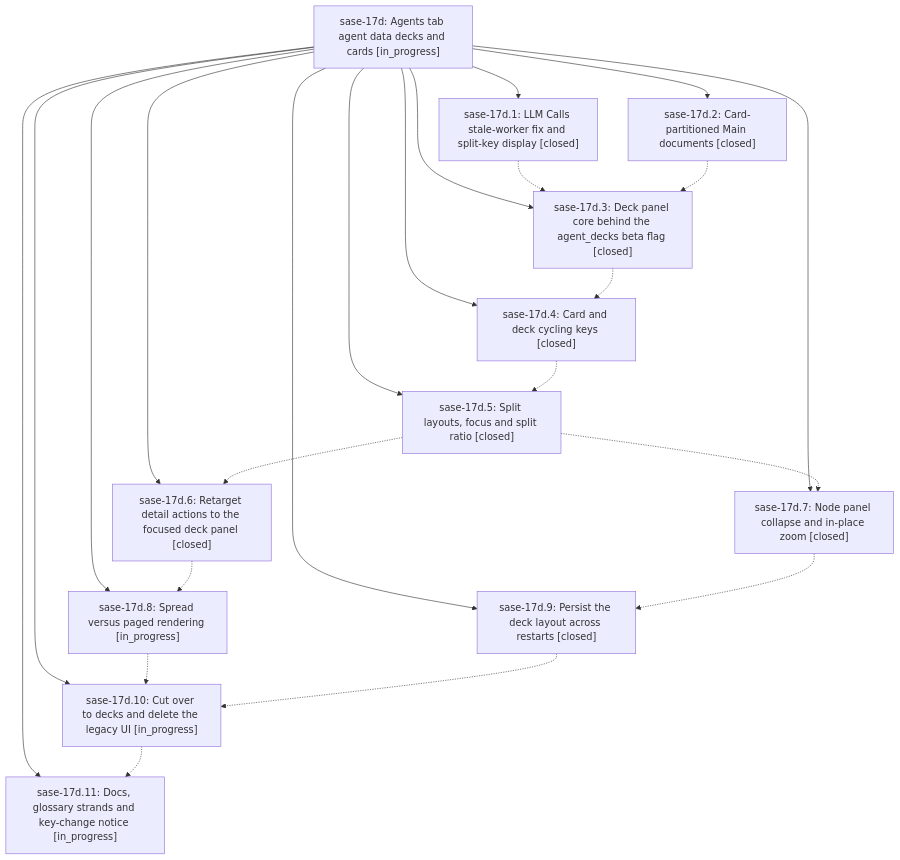
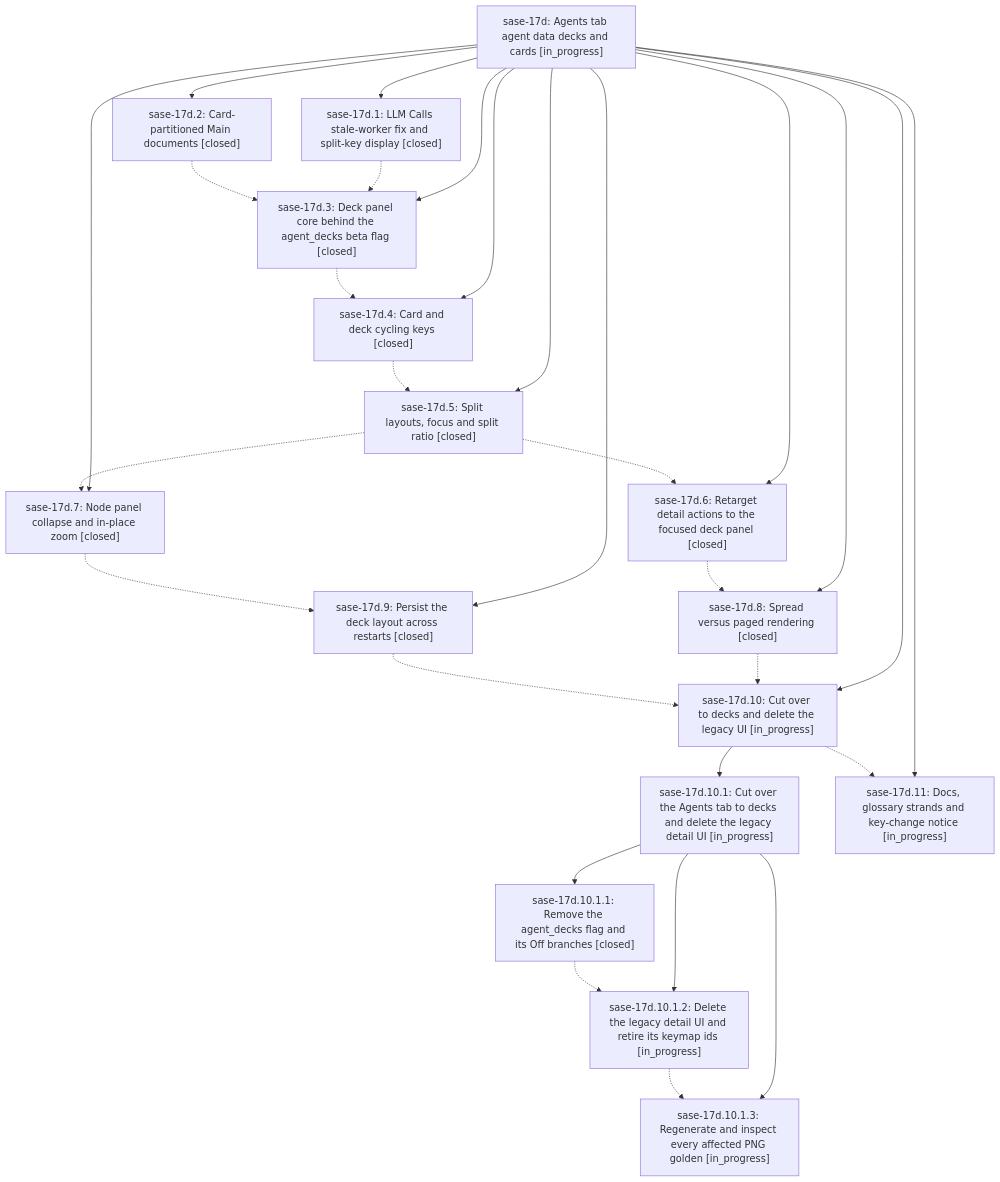
One commit to sase-org/sase--beads changed the diagram in pages/sase-17d/README.md. Above: the diagram before and after it, drawn with Mermaid. The commit also changed other lines of this file and 8 other files, not shown here.

````diff
--- a/pages/sase-17d/README.md
+++ b/pages/sase-17d/README.md
@@ -36,37 +48,47 @@
 ```mermaid
 flowchart TD
     n0["sase-17d: Agents tab agent data decks and cards [in_progress]"]
     n1["sase-17d.1: LLM Calls stale-worker fix and split-key display [closed]"]
     n2["sase-17d.10: Cut over to decks and delete the legacy UI [in_progress]"]
-    n3["sase-17d.11: Docs, glossary strands and key-change notice [in_progress]"]
-    n4["sase-17d.2: Card-partitioned Main documents [closed]"]
-    n5["sase-17d.3: Deck panel core behind the agent_decks beta flag [closed]"]
-    n6["sase-17d.4: Card and deck cycling keys [closed]"]
-    n7["sase-17d.5: Split layouts, focus and split ratio [closed]"]
-    n8["sase-17d.6: Retarget detail actions to the focused deck panel [closed]"]
-    n9["sase-17d.7: Node panel collapse and in-place zoom [closed]"]
-    n10["sase-17d.8: Spread versus paged rendering [in_progress]"]
-    n11["sase-17d.9: Persist the deck layout across restarts [closed]"]
+    n3["sase-17d.10.1: Cut over the Agents tab to decks and delete the legacy detail UI [in_progress]"]
+    n4["sase-17d.10.1.1: Remove the agent_decks flag and its Off branches [closed]"]
+    n5["sase-17d.10.1.2: Delete the legacy detail UI and retire its keymap ids [in_progress]"]
+    n6["sase-17d.10.1.3: Regenerate and inspect every affected PNG golden [in_progress]"]
+    n7["sase-17d.11: Docs, glossary strands and key-change notice [in_progress]"]
+    n8["sase-17d.2: Card-partitioned Main documents [closed]"]
+    n9["sase-17d.3: Deck panel core behind the agent_decks beta flag [closed]"]
+    n10["sase-17d.4: Card and deck cycling keys [closed]"]
+    n11["sase-17d.5: Split layouts, focus and split ratio [closed]"]
+    n12["sase-17d.6: Retarget detail actions to the focused deck panel [closed]"]
+    n13["sase-17d.7: Node panel collapse and in-place zoom [closed]"]
+    n14["sase-17d.8: Spread versus paged rendering [closed]"]
+    n15["sase-17d.9: Persist the deck layout across restarts [closed]"]
     n0 --> n1
     n0 --> n2
-    n0 --> n3
-    n0 --> n4
-    n0 --> n5
-    n0 --> n6
+    n2 --> n3
+    n3 --> n4
+    n3 --> n5
+    n3 --> n6
     n0 --> n7
     n0 --> n8
     n0 --> n9
     n0 --> n10
     n0 --> n11
-    n1 -.-> n5
-    n2 -.-> n3
+    n0 --> n12
+    n0 --> n13
+    n0 --> n14
+    n0 --> n15
+    n1 -.-> n9
+    n2 -.-> n7
     n4 -.-> n5
     n5 -.-> n6
-    n6 -.-> n7
-    n7 -.-> n8
-    n7 -.-> n9
-    n8 -.-> n10
-    n9 -.-> n11
-    n10 -.-> n2
-    n11 -.-> n2
+    n8 -.-> n9
+    n9 -.-> n10
+    n10 -.-> n11
+    n11 -.-> n12
+    n11 -.-> n13
+    n12 -.-> n14
+    n13 -.-> n15
+    n14 -.-> n2
+    n15 -.-> n2
 ```
````
